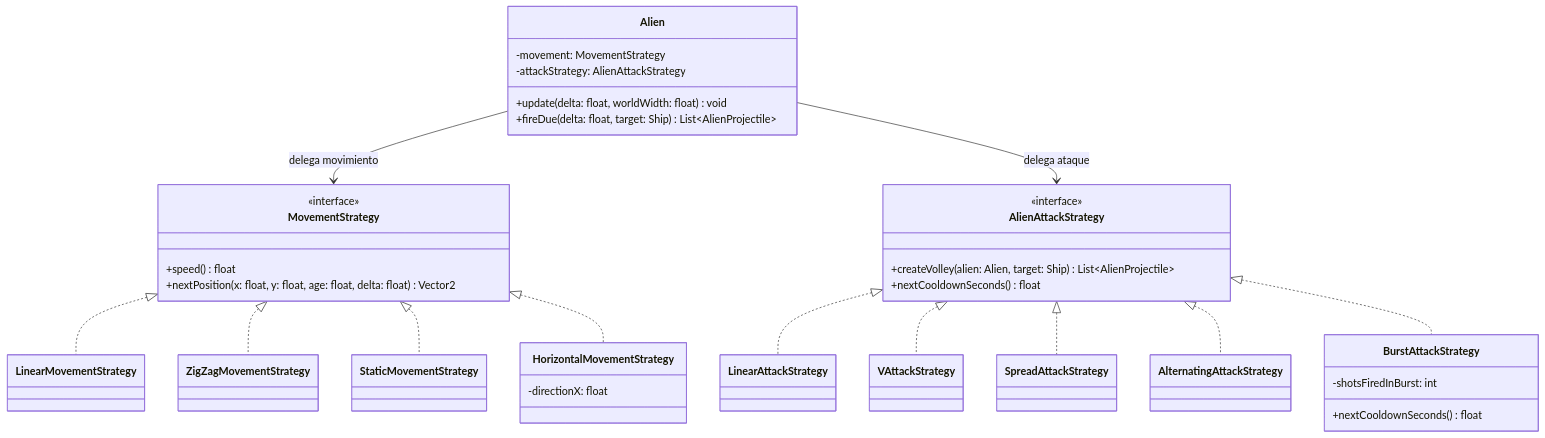
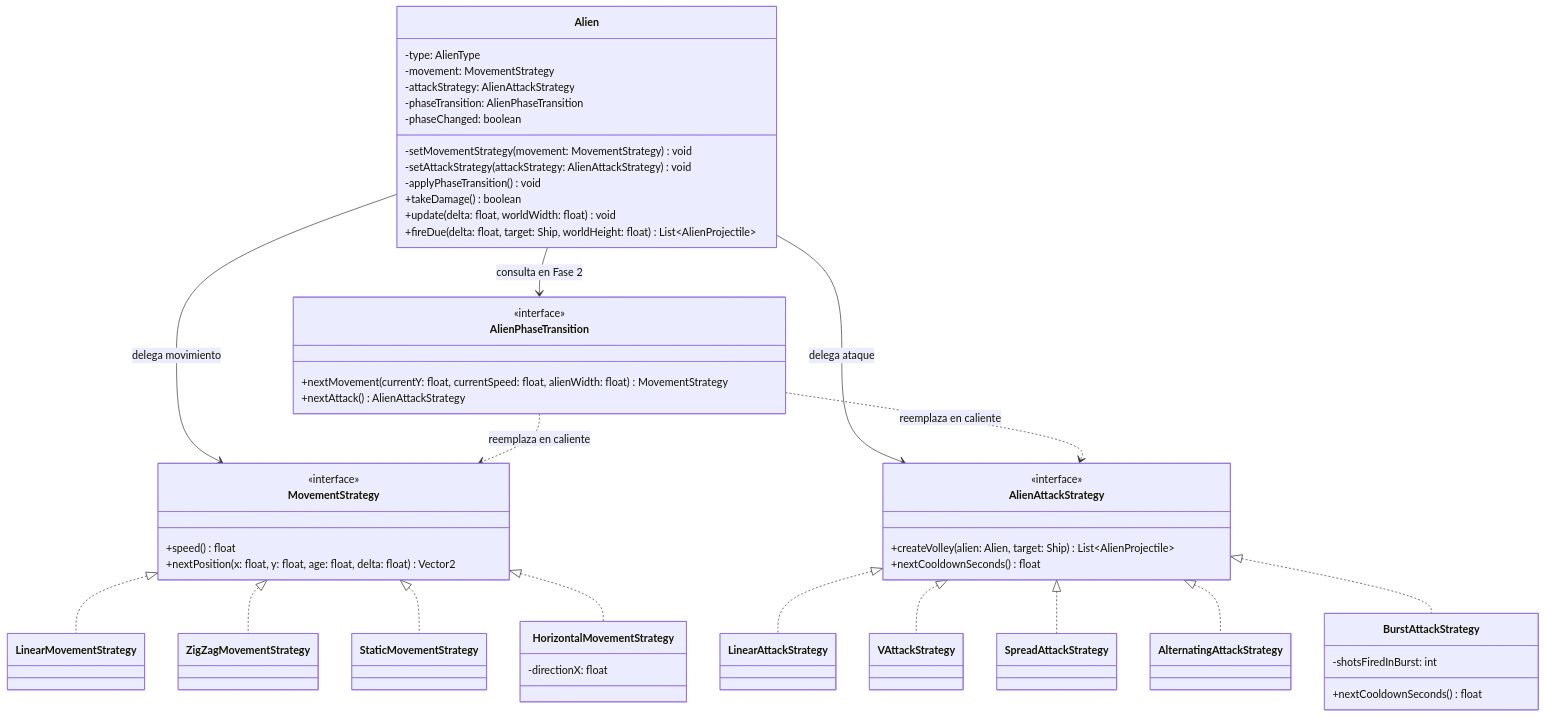
One commit to L3v1smpr/GameProject changed the second of 4 diagrams in REPORTE_PROYECTO.md. Above: the diagram before and after it, drawn with Mermaid. The commit also changed other lines of this file and 3 other files, not shown here.

First line of the commit message:
docs: actualizar UML, README y reporte formal (.md y .docx) con transiciones dinamicas de Strategy

````diff
--- a/REPORTE_PROYECTO.md
+++ b/REPORTE_PROYECTO.md
@@ -221,45 +234,60 @@
 ```mermaid
 classDiagram
     class Alien {
+        -type: AlienType
         -movement: MovementStrategy
         -attackStrategy: AlienAttackStrategy
+        -phaseTransition: AlienPhaseTransition
+        -phaseChanged: boolean
+        -setMovementStrategy(movement: MovementStrategy) void
+        -setAttackStrategy(attackStrategy: AlienAttackStrategy) void
+        -applyPhaseTransition() void
+        +takeDamage() boolean
         +update(delta: float, worldWidth: float) void
-        +fireDue(delta: float, target: Ship) List~AlienProjectile~
+        +fireDue(delta: float, target: Ship, worldHeight: float) List~AlienProjectile~
+    }
+    class AlienPhaseTransition {
+        <<interface>>
+        +nextMovement(currentY: float, currentSpeed: float, alienWidth: float) MovementStrategy
+        +nextAttack() AlienAttackStrategy
     }
     class MovementStrategy {
         <<interface>>
         +speed() float
         +nextPosition(x: float, y: float, age: float, delta: float) Vector2
     }
     class AlienAttackStrategy {
         <<interface>>
         +createVolley(alien: Alien, target: Ship) List~AlienProjectile~
         +nextCooldownSeconds() float
     }
     class LinearMovementStrategy
     class ZigZagMovementStrategy
     class StaticMovementStrategy
     class HorizontalMovementStrategy {
         -directionX: float
     }
     class LinearAttackStrategy
     class VAttackStrategy
     class SpreadAttackStrategy
     class AlternatingAttackStrategy
     class BurstAttackStrategy {
         -shotsFiredInBurst: int
         +nextCooldownSeconds() float
     }
 
     Alien --> MovementStrategy : delega movimiento
     Alien --> AlienAttackStrategy : delega ataque
+    Alien --> AlienPhaseTransition : consulta en Fase 2
+    AlienPhaseTransition ..> MovementStrategy : reemplaza en caliente
+    AlienPhaseTransition ..> AlienAttackStrategy : reemplaza en caliente
     MovementStrategy <|.. LinearMovementStrategy
     MovementStrategy <|.. ZigZagMovementStrategy
     MovementStrategy <|.. StaticMovementStrategy
     MovementStrategy <|.. HorizontalMovementStrategy
     AlienAttackStrategy <|.. LinearAttackStrategy
     AlienAttackStrategy <|.. VAttackStrategy
     AlienAttackStrategy <|.. SpreadAttackStrategy
     AlienAttackStrategy <|.. AlternatingAttackStrategy
     AlienAttackStrategy <|.. BurstAttackStrategy
 ```
````
